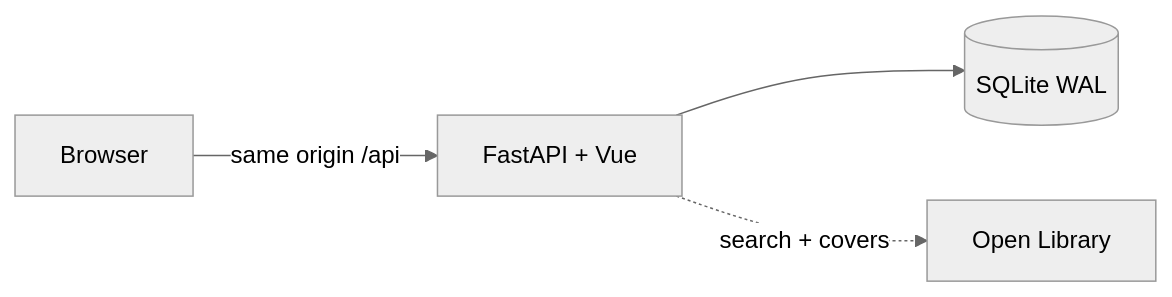
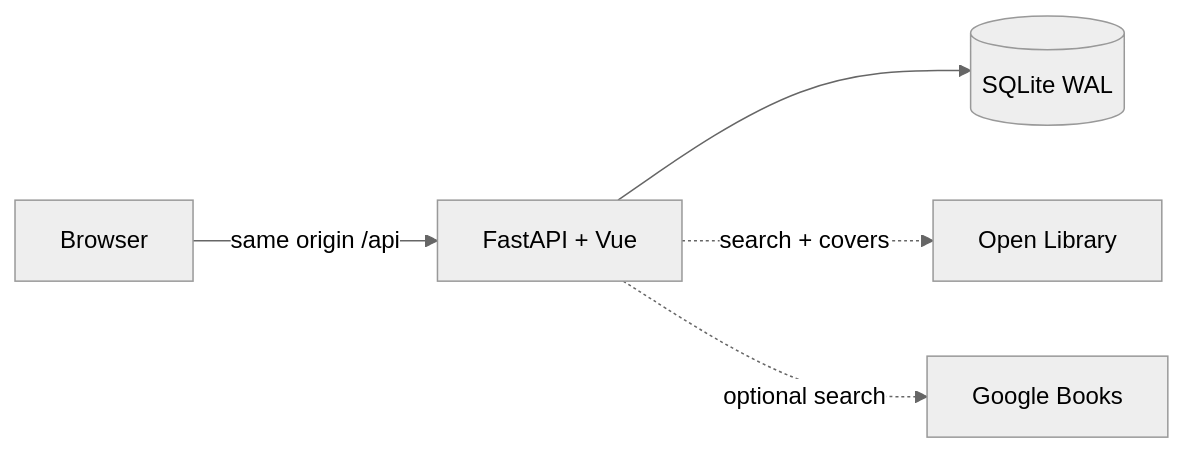
Before and after one commit to rafiistcool/bookclub: the diagram in README.md, drawn with Mermaid (neutral theme). The commit also changed other lines of this file and 23 other files, not shown here.

First line of the commit message:
Add optional Google Books search with Open Library fallback

````diff
--- a/README.md
+++ b/README.md
@@ -122,6 +122,7 @@
 ```mermaid
 flowchart LR
   Browser -->|"same origin /api"| App["FastAPI + Vue"]
   App --> DB[("SQLite WAL")]
   App -.->|"search + covers"| OL[Open Library]
+  App -.->|"optional search"| GB[Google Books]
 ```
````
